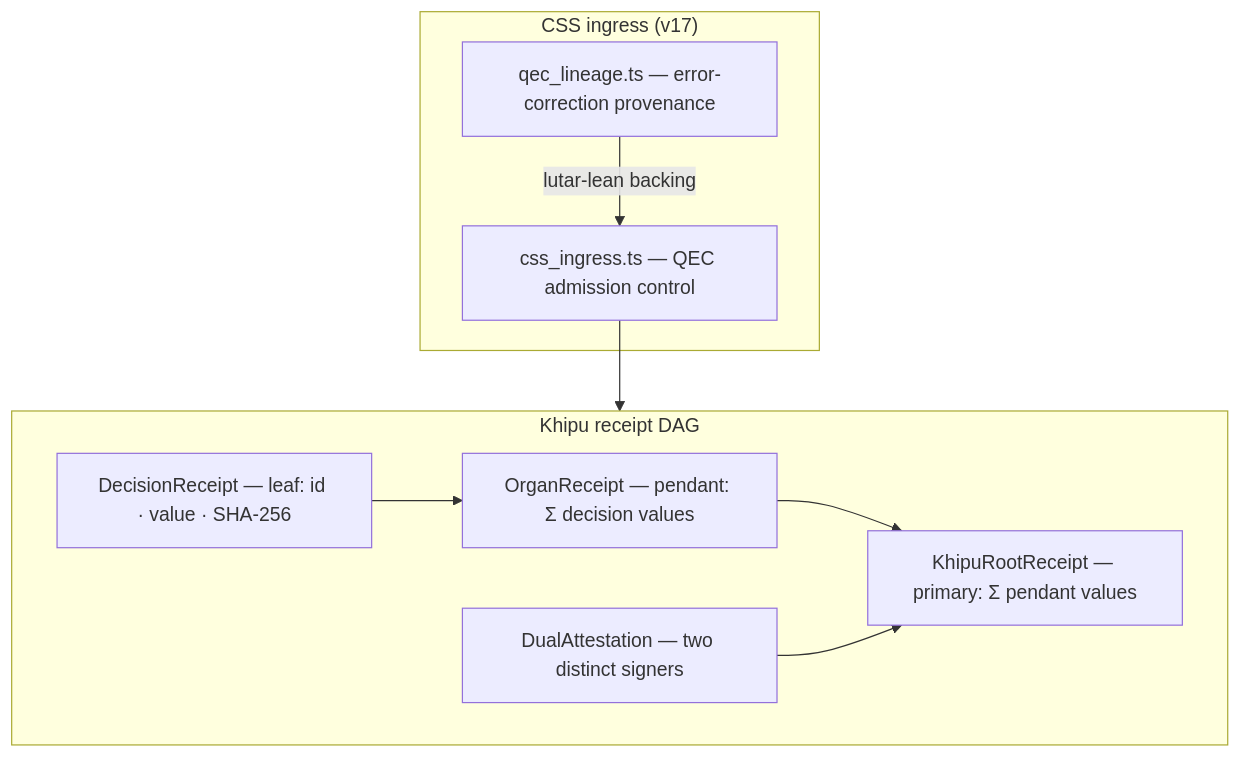
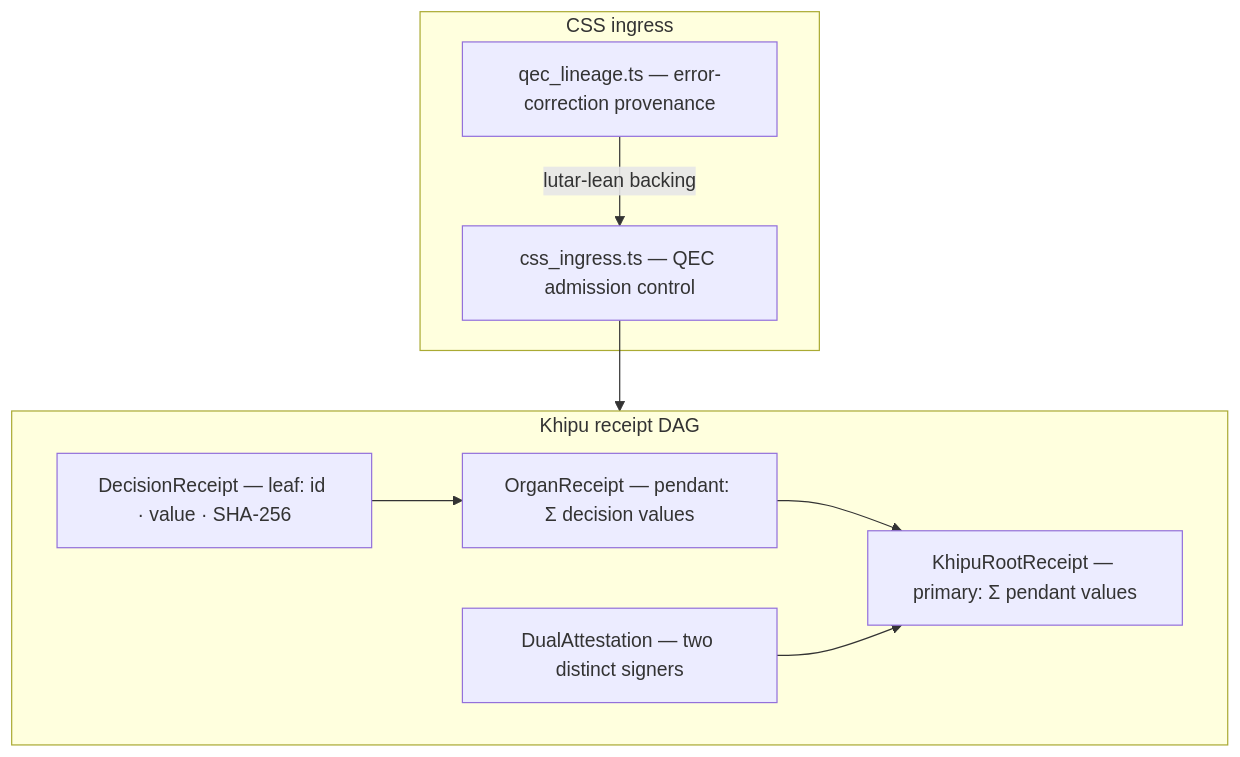
Before and after one commit to szl-holdings/a11oy: the diagram in docs/site/docs/flagships/rosie.md, drawn with Mermaid. The commit also changed other lines of this file, not shown here.

````diff
--- a/docs/site/docs/flagships/rosie.md
+++ b/docs/site/docs/flagships/rosie.md
@@ -25,17 +23,17 @@
 ```mermaid
 flowchart TD
-    subgraph Ingress["CSS ingress (v17)"]
+    subgraph Ingress["CSS ingress"]
         CI[css_ingress.ts — QEC admission control]
         QL[qec_lineage.ts — error-correction provenance]
     end
     subgraph DAG["Khipu receipt DAG"]
         DR[DecisionReceipt — leaf: id · value · SHA-256]
         OR[OrganReceipt — pendant: Σ decision values]
         KR[KhipuRootReceipt — primary: Σ pendant values]
         DA[DualAttestation — two distinct signers]
     end
     CI --> DAG
     QL -->|lutar-lean backing| CI
     DR --> OR --> KR
     DA --> KR
 ```
````
